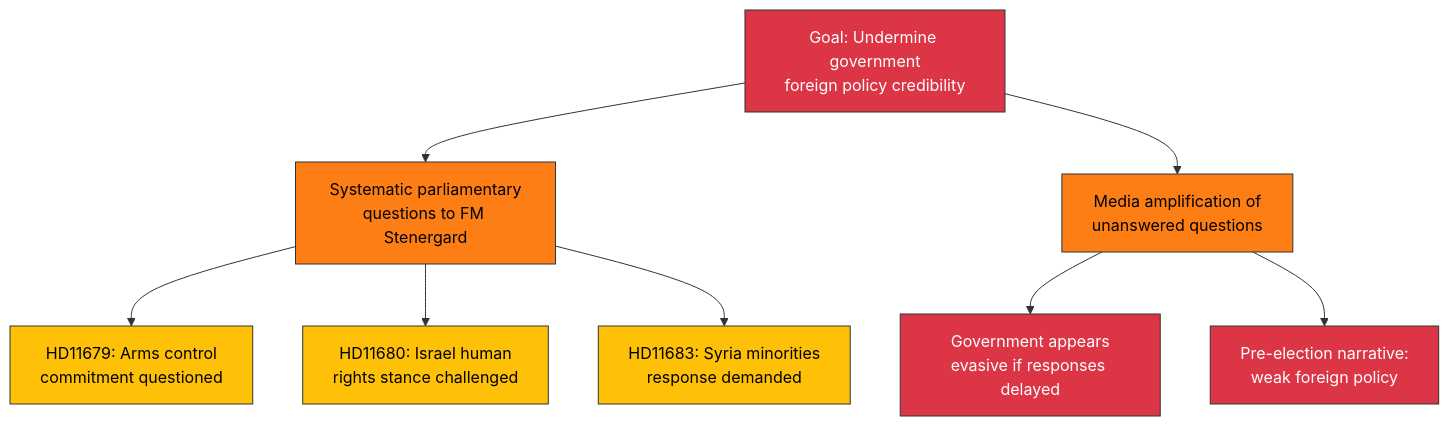
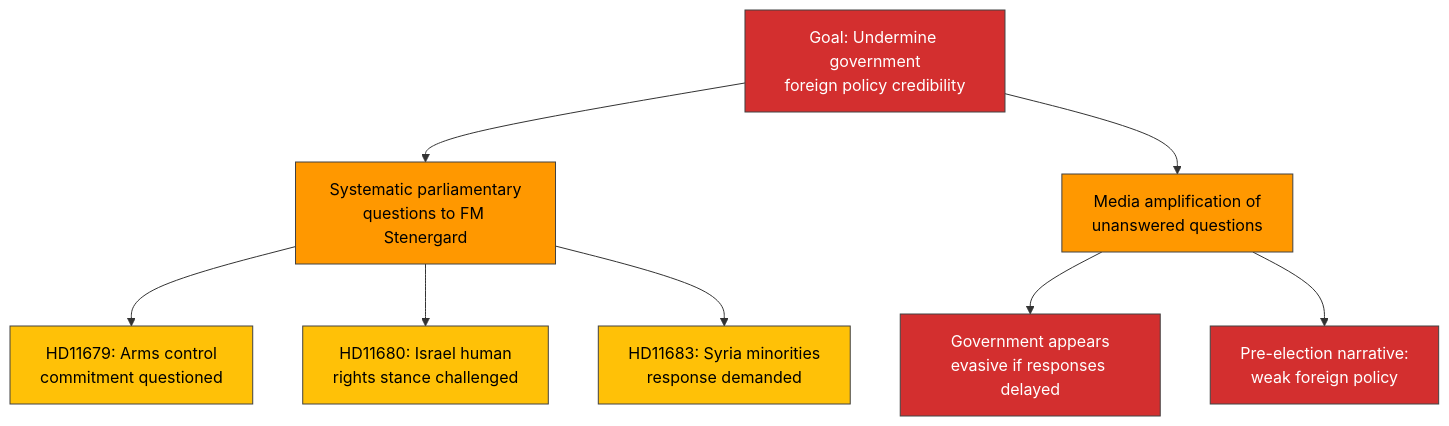
The second of 2 diagrams in analysis/daily/2026-04-06/realtime-1420/threat-analysis.md (Hack23/riksdagsmonitor), drawn with Mermaid before and after one commit. The commit also changed other lines of this file and 785 other files, not shown here.

First line of the commit message:
Normalize mermaid colors across 786 analysis artifacts to ISMS Style Guide palette

````diff
--- a/analysis/daily/2026-04-06/realtime-1420/threat-analysis.md
+++ b/analysis/daily/2026-04-06/realtime-1420/threat-analysis.md
@@ -55,22 +55,22 @@
 ```mermaid
 graph TD
     ROOT["Goal: Undermine government<br/>foreign policy credibility"]
     ROOT --> A["Systematic parliamentary<br/>questions to FM Stenergard"]
     ROOT --> B["Media amplification of<br/>unanswered questions"]
 
     A --> A1["HD11679: Arms control<br/>commitment questioned"]
     A --> A2["HD11680: Israel human<br/>rights stance challenged"]
     A --> A3["HD11683: Syria minorities<br/>response demanded"]
 
     B --> B1["Government appears<br/>evasive if responses delayed"]
     B --> B2["Pre-election narrative:<br/>weak foreign policy"]
 
-    style ROOT fill:#dc3545,stroke:#333,color:#fff
-    style A fill:#fd7e14,stroke:#333,color:#000
-    style B fill:#fd7e14,stroke:#333,color:#000
-    style A1 fill:#ffc107,stroke:#333,color:#000
-    style A2 fill:#ffc107,stroke:#333,color:#000
-    style A3 fill:#ffc107,stroke:#333,color:#000
-    style B1 fill:#dc3545,stroke:#333,color:#fff
-    style B2 fill:#dc3545,stroke:#333,color:#fff
+    style ROOT fill:#D32F2F,stroke:#424242,color:#FFFFFF
+    style A fill:#FF9800,stroke:#424242,color:#000000
+    style B fill:#FF9800,stroke:#424242,color:#000000
+    style A1 fill:#FFC107,stroke:#424242,color:#000000
+    style A2 fill:#FFC107,stroke:#424242,color:#000000
+    style A3 fill:#FFC107,stroke:#424242,color:#000000
+    style B1 fill:#D32F2F,stroke:#424242,color:#FFFFFF
+    style B2 fill:#D32F2F,stroke:#424242,color:#FFFFFF
 ```
````
